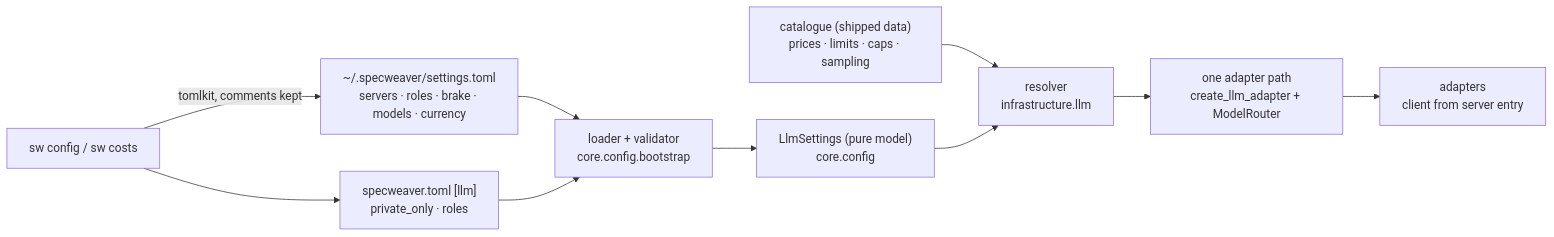
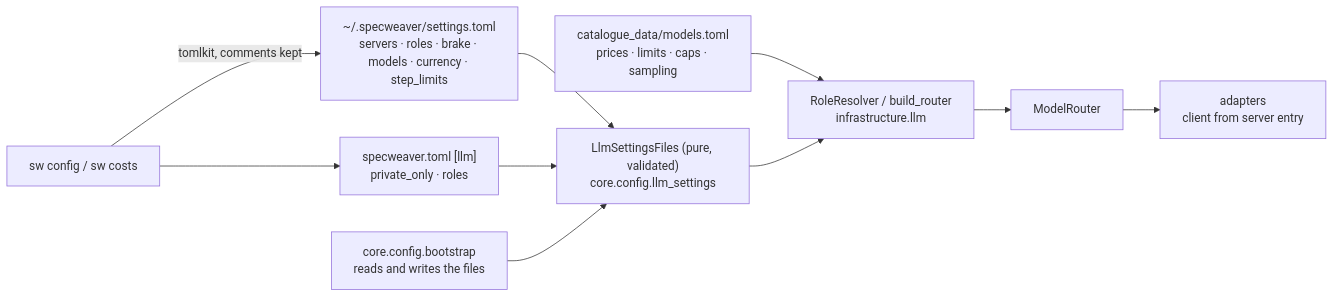
The diagram in docs/roadmap/features/topic_03_flow_engine/C-FLOW-13/C-FLOW-13_design.md (sbula/specweaver), drawn with Mermaid before and after one commit. The commit also changed other lines of this file and 10 other files, not shown here.

First line of the commit message:
docs(C-FLOW-13): the design states what is built; settings load time and key secrecy proven

````diff
--- a/docs/roadmap/features/topic_03_flow_engine/C-FLOW-13/C-FLOW-13_design.md
+++ b/docs/roadmap/features/topic_03_flow_engine/C-FLOW-13/C-FLOW-13_design.md
@@ -29,12 +22,12 @@
 ```mermaid
 graph LR
-    M["~/.specweaver/settings.toml<br/>servers · roles · brake · models · currency"] --> L
-    P["specweaver.toml [llm]<br/>private_only · roles"] --> L
-    C["catalogue (shipped data)<br/>prices · limits · caps · sampling"] --> R
-    L["loader + validator<br/>core.config.bootstrap"] --> S["LlmSettings (pure model)<br/>core.config"]
-    S --> R["resolver<br/>infrastructure.llm"]
-    R --> F["one adapter path<br/>create_llm_adapter + ModelRouter"]
+    M["~/.specweaver/settings.toml<br/>servers · roles · brake · models · currency · step_limits"] --> V
+    P["specweaver.toml [llm]<br/>private_only · roles"] --> V
+    C["catalogue_data/models.toml<br/>prices · limits · caps · sampling"] --> R
+    B["core.config.bootstrap<br/>reads and writes the files"] --> V["LlmSettingsFiles (pure, validated)<br/>core.config.llm_settings"]
+    V --> R["RoleResolver / build_router<br/>infrastructure.llm"]
+    R --> F["ModelRouter"]
     F --> A["adapters<br/>client from server entry"]
     CLI["sw config / sw costs"] -->|"tomlkit, comments kept"| M
     CLI --> P
 ```
````
